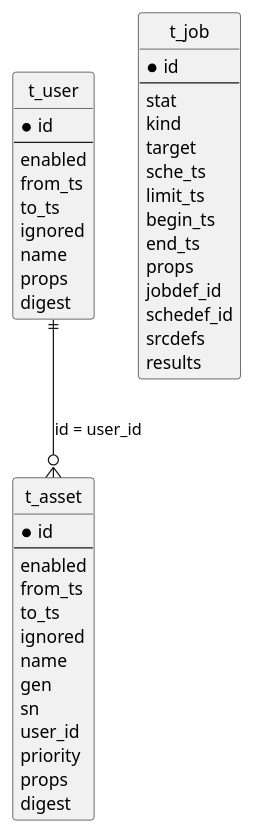
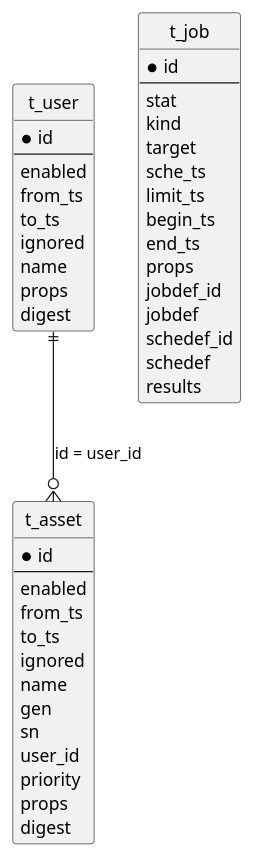
The diagram in database/er.pu (riru4293/safi), drawn with PlantUML before and after one commit. The commit also changed 1 other file, not shown here.

Commit message:
Update ER to latest

```diff
--- a/database/er.pu
+++ b/database/er.pu
@@ -1,51 +1,52 @@
 @startuml
 hide circle
 
 entity "t_user" as t_user {
     * id
     --
       enabled
       from_ts
       to_ts
       ignored
       name
       props
       digest
 }
 
 entity "t_asset" as t_asset {
     * id
     --
       enabled
       from_ts
       to_ts
       ignored
       name
       gen
       sn
       user_id
       priority
       props
       digest
 }
 
 t_user ||--o{ t_asset : "id = user_id"
 
 entity "t_job" as t_job {
     * id
     --
       stat
       kind
       target
       sche_ts
       limit_ts
       begin_ts
       end_ts
       props
       jobdef_id
+      jobdef
       schedef_id
-      srcdefs
+      schedef
       results
 }
 
 @enduml
```
